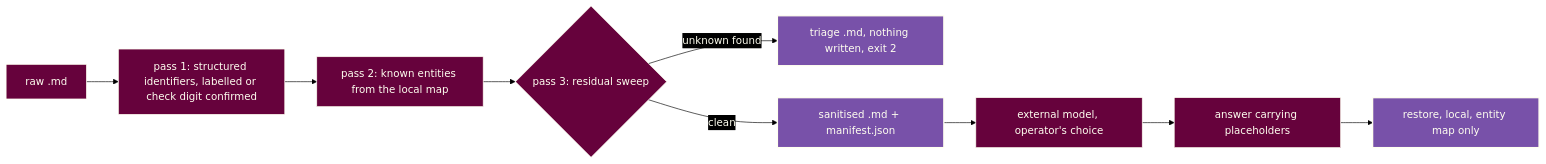
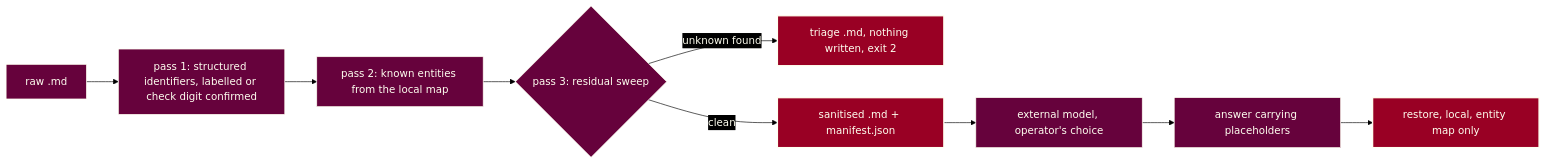
The diagram in packages/evatt/DATA-FLOW.md (ryanduguid/accounting-review-pipeline), drawn with Mermaid before and after one commit. The commit also changed 4 other files, not shown here.

First line of the commit message:
docs: match Mermaid accents to website palette (#335)

````diff
--- a/packages/evatt/DATA-FLOW.md
+++ b/packages/evatt/DATA-FLOW.md
@@ -20,15 +20,15 @@
 ```mermaid
 flowchart LR
 %%{init: {"theme": "base", "look": "classic", "themeVariables": {"background": "#000000", "primaryColor": "#66023C", "primaryTextColor": "#FFFFF0", "primaryBorderColor": "#FFFFF0", "lineColor": "#000000", "textColor": "#FFFFF0", "edgeLabelBackground": "#000000", "clusterBkg": "#000000", "clusterBorder": "#FFFFF0", "titleColor": "#FFFFF0"}, "themeCSS": ".flowchart-link, .relationshipLine, marker path { filter: drop-shadow(0px 1px 0px #FFFFF0) drop-shadow(0px -1px 0px #FFFFF0) drop-shadow(1px 0px 0px #FFFFF0) drop-shadow(-1px 0px 0px #FFFFF0); }"}}%%
     Raw["raw .md"] --> Structured["pass 1: structured identifiers, labelled or check digit confirmed"]
     Structured --> Entities["pass 2: known entities from the local map"]
     Entities --> Residual{"pass 3: residual sweep"}
     Residual -->|unknown found| Halt["triage .md, nothing written, exit 2"]
     Residual -->|clean| Out["sanitised .md + manifest.json"]
     Out --> Model["external model, operator's choice"]
     Model --> Answer["answer carrying placeholders"]
     Answer --> Restore["restore, local, entity map only"]
-    style Halt fill:#7851A9,stroke:#FFFFF0,stroke-width:2px,color:#FFFFF0
-    style Out fill:#7851A9,stroke:#FFFFF0,stroke-width:2px,color:#FFFFF0
-    style Restore fill:#7851A9,stroke:#FFFFF0,stroke-width:2px,color:#FFFFF0
+    style Halt fill:#990024,stroke:#FFFFF0,stroke-width:2px,color:#FFFFF0
+    style Out fill:#990024,stroke:#FFFFF0,stroke-width:2px,color:#FFFFF0
+    style Restore fill:#990024,stroke:#FFFFF0,stroke-width:2px,color:#FFFFF0
 ```
````
